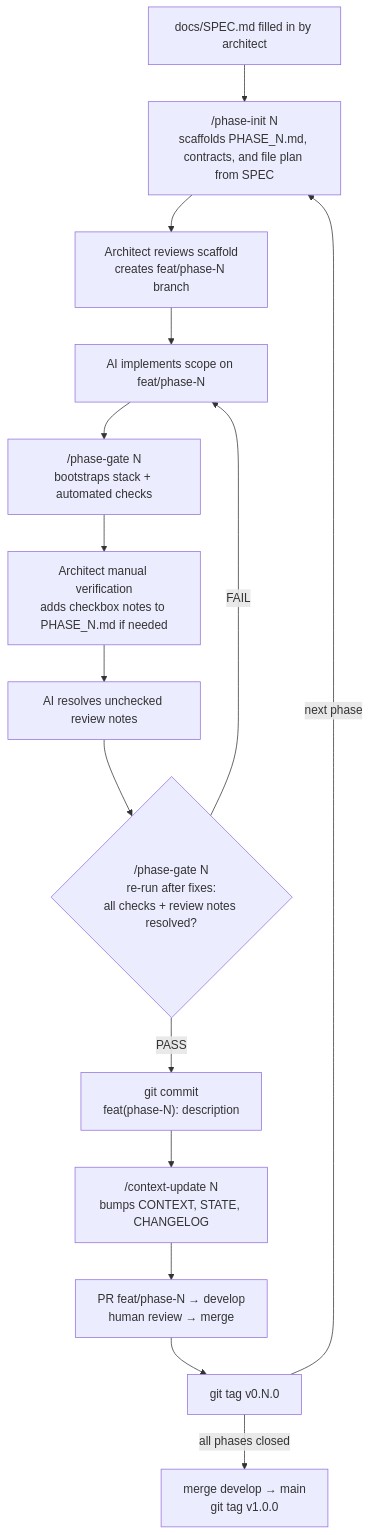
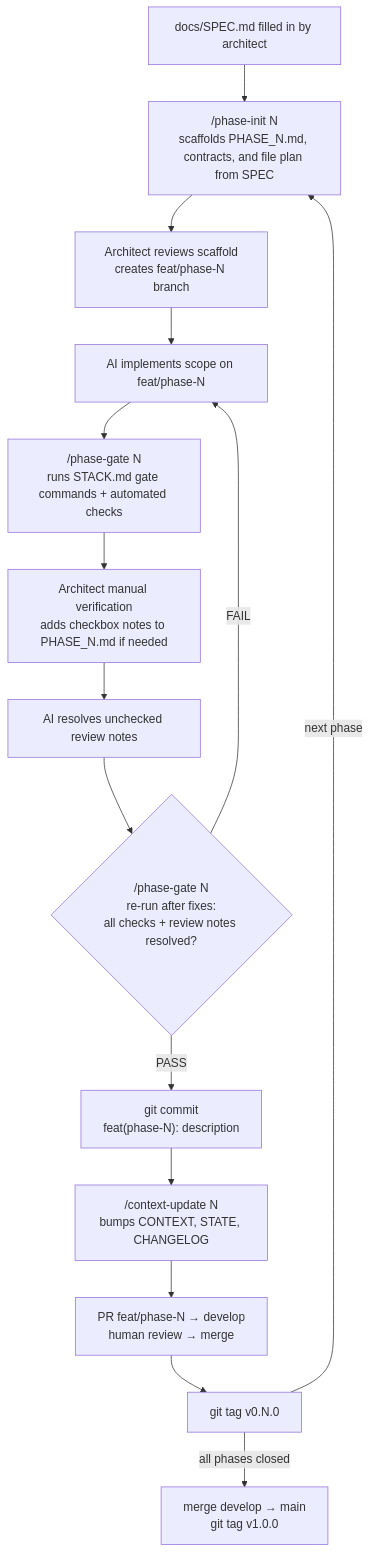
The diagram in README.md (avatarsik6699/docassist), drawn with Mermaid before and after one commit. The commit also changed other lines of this file and 37 other files, not shown here.

````diff
--- a/README.md
+++ b/README.md
@@ -44,18 +44,18 @@
 ```mermaid
 flowchart TD
     Spec[docs/SPEC.md filled in by architect]
     Spec --> Init["/phase-init N<br/>scaffolds PHASE_N.md, contracts, and file plan from SPEC"]
     Init --> Fill[Architect reviews scaffold<br/>creates feat/phase-N branch]
     Fill --> Impl[AI implements scope on feat/phase-N]
-    Impl --> Gate["/phase-gate N<br/>bootstraps stack + automated checks"]
+    Impl --> Gate["/phase-gate N<br/>runs STACK.md gate commands + automated checks"]
     Gate --> Review[Architect manual verification<br/>adds checkbox notes to PHASE_N.md if needed]
     Review --> Fix[AI resolves unchecked review notes]
     Fix --> Ready{"/phase-gate N<br/>re-run after fixes:<br/>all checks + review notes resolved?"}
     Ready -- FAIL --> Impl
     Ready -- PASS --> Commit["git commit<br/>feat(phase-N): description"]
     Commit --> CtxUpdate["/context-update N<br/>bumps CONTEXT, STATE, CHANGELOG"]
     CtxUpdate --> PR[PR feat/phase-N → develop<br/>human review → merge]
     PR --> Tag["git tag v0.N.0"]
     Tag -- next phase --> Init
     Tag -- all phases closed --> Release[merge develop → main<br/>git tag v1.0.0]
 ```
````
